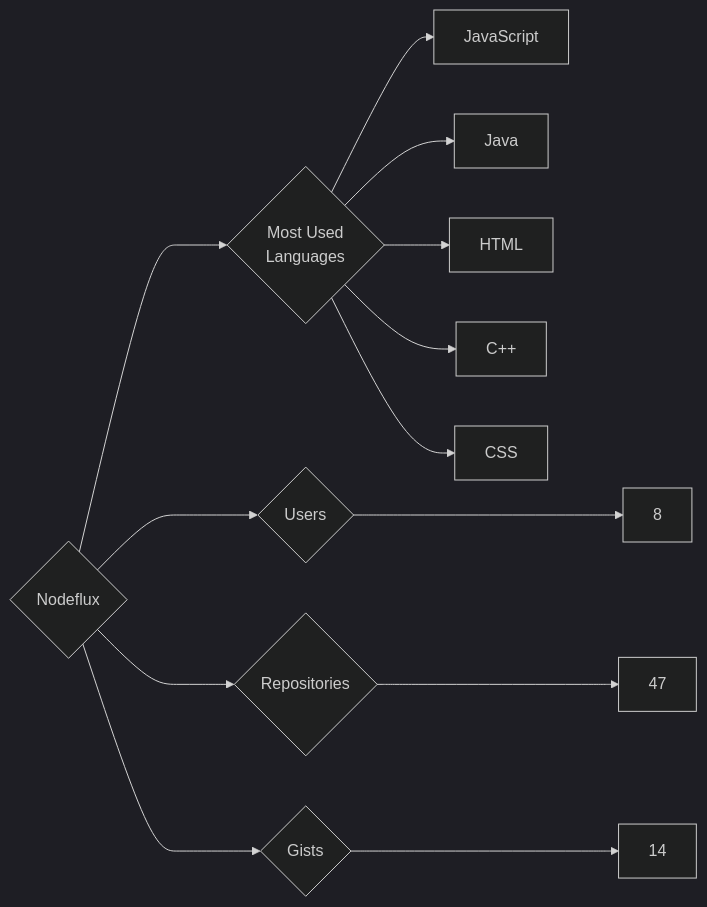
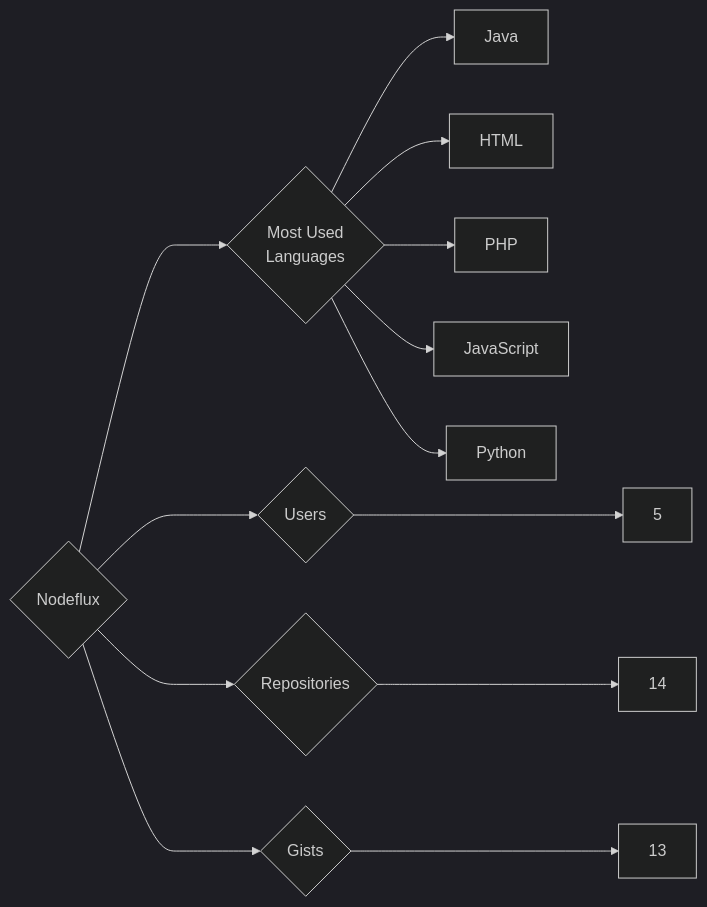
Before and after one commit to trickest/insiders: the diagram in targets/Nodeflux/README.md, drawn with Mermaid (dark theme). The commit also changed 1508 other files, not shown here.

````diff
--- a/targets/Nodeflux/README.md
+++ b/targets/Nodeflux/README.md
@@ -3,13 +3,13 @@
 ```mermaid
 graph LR
 COMPANY_NAME{Nodeflux}
-COMPANY_NAME ---> U{Users} ---> UN[8]
-COMPANY_NAME ---> R{Repositories} ---> RN[47]
-COMPANY_NAME ---> G{Gists} ---> GN[14]
+COMPANY_NAME ---> U{Users} ---> UN[5]
+COMPANY_NAME ---> R{Repositories} ---> RN[14]
+COMPANY_NAME ---> G{Gists} ---> GN[13]
 COMPANY_NAME ---> ML{Most Used<br>Languages}
-ML --> JavaScript[JavaScript]
 ML --> Java[Java]
 ML --> HTML[HTML]
-ML --> C++[C++]
-ML --> CSS[CSS]
+ML --> PHP[PHP]
+ML --> JavaScript[JavaScript]
+ML --> Python[Python]
 ```
````
